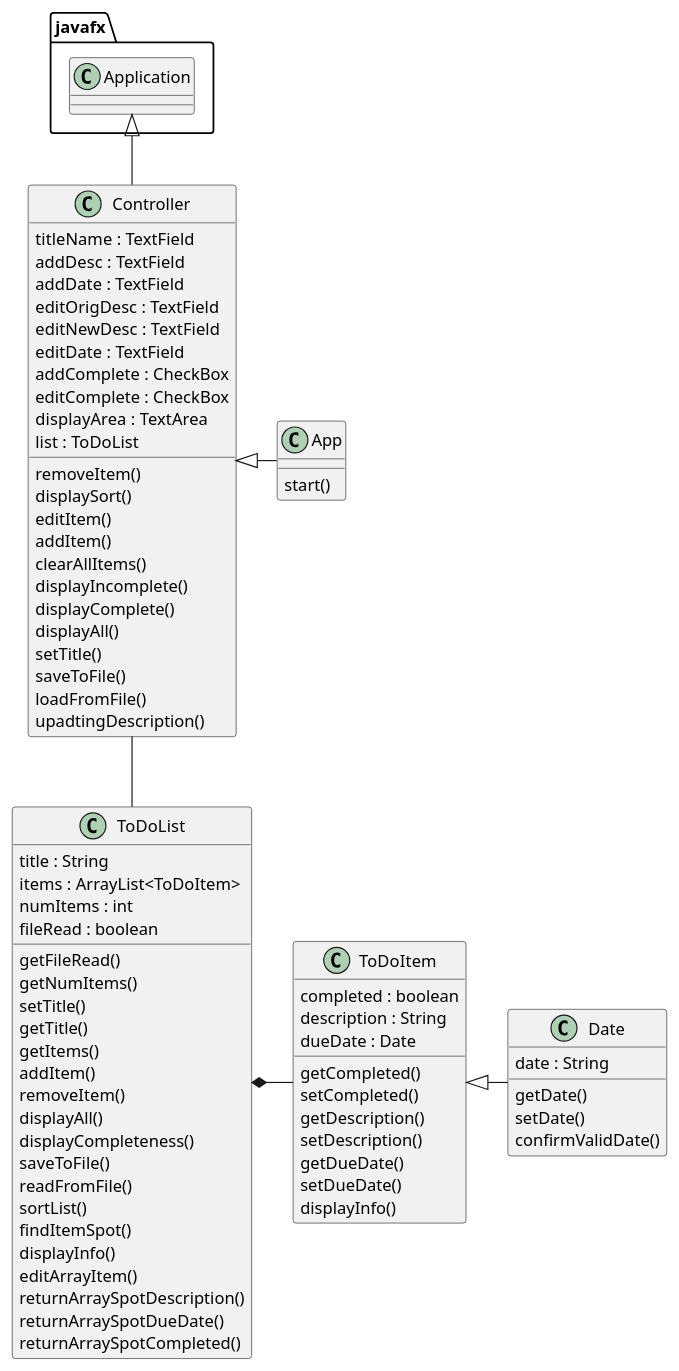
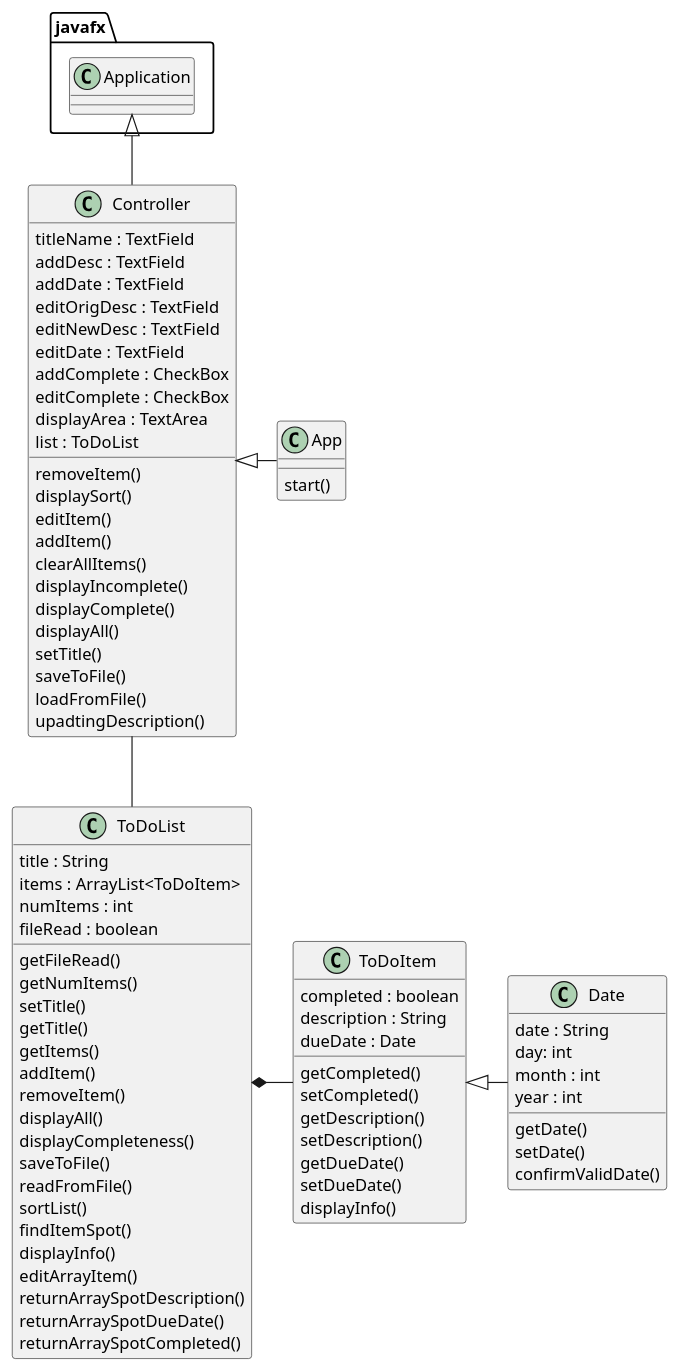
One commit to ehraiford/raiford-cop3330-assignment4part2 changed the diagram in uml/ToDoListManager.puml. Above: the diagram before and after it, drawn with PlantUML. The commit also changed 6 other files, not shown here.

```diff
--- a/uml/ToDoListManager.puml
+++ b/uml/ToDoListManager.puml
@@ -1,84 +1,86 @@
 @startuml
 'https://plantuml.com/class-diagram
 ToDoList*-ToDoItem
 javafx.Application<|-- Controller
 Controller-- ToDoList
 ToDoItem<|- Date
 Controller <|- App
 class Controller{
 titleName : TextField
 addDesc : TextField
 addDate : TextField
 editOrigDesc : TextField
 editNewDesc : TextField
 editDate : TextField
 addComplete : CheckBox
 editComplete : CheckBox
 displayArea : TextArea
 list : ToDoList
 
 removeItem()
 displaySort()
 editItem()
 addItem()
 clearAllItems()
 displayIncomplete()
 displayComplete()
 displayAll()
 setTitle()
 saveToFile()
 loadFromFile()
 upadtingDescription()
 }
 class App{
 start()
 }
 class ToDoList{
     title : String
     items : ArrayList<ToDoItem>
     numItems : int
     fileRead : boolean
 
     getFileRead()
     getNumItems()
     setTitle()
     getTitle()
     getItems()
     addItem()
     removeItem()
     displayAll()
     displayCompleteness()
     saveToFile()
     readFromFile()
     sortList()
     findItemSpot()
     displayInfo()
     editArrayItem()
     returnArraySpotDescription()
     returnArraySpotDueDate()
     returnArraySpotCompleted()
 }
 
 class ToDoItem{
     completed : boolean
     description : String
     dueDate : Date
 
     getCompleted()
     setCompleted()
     getDescription()
     setDescription()
     getDueDate()
     setDueDate()
     displayInfo()
 
 }
 
 class Date{
     date : String
-
+    day: int
+    month : int
+    year : int
     getDate()
     setDate()
     confirmValidDate()
 }
 @enduml
```
